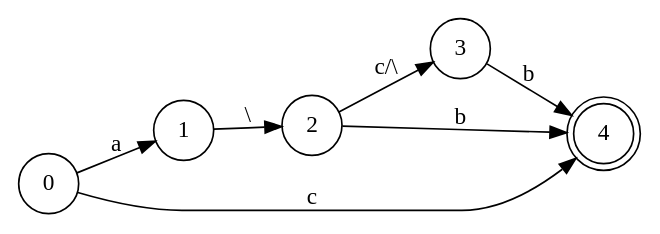
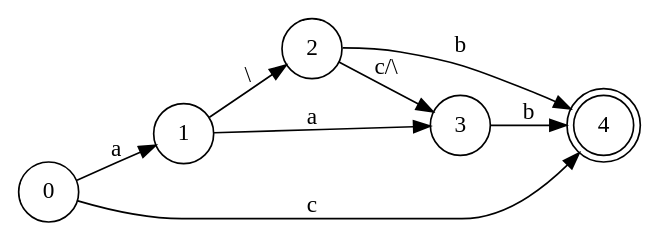
One commit to kshmir/tla-2012 changed the diagram in files/af2.dot. Above: the diagram before and after it, drawn with Graphviz. The commit also changed 3 other files, not shown here.

```diff
--- a/files/af2.dot
+++ b/files/af2.dot
@@ -1,18 +1,19 @@
 digraph{
 rankdir = "LR";
 //Nodos
 node[shape=circle] Node0 [label="0"];
 node[shape=circle] Node1 [label="1"];
 node[shape=circle] Node2 [label="2"];
 node[shape=circle] Node3 [label="3"];
 
 node[shape=doublecircle] Node4 [label="4"];
 
 //Transiciones - Es valido tener lambda como etiqueta.
+Node0->Node4 [label="c"];
 Node0->Node1 [label="a"];
-Node0->Node4 [label="c"];
 Node1->Node2 [label="\\"];
+Node1->Node3 [label="a"];
 Node2->Node4 [label="b"];
 Node2->Node3 [label="c/\\"];
 Node3->Node4 [label="b"];
 }
```
